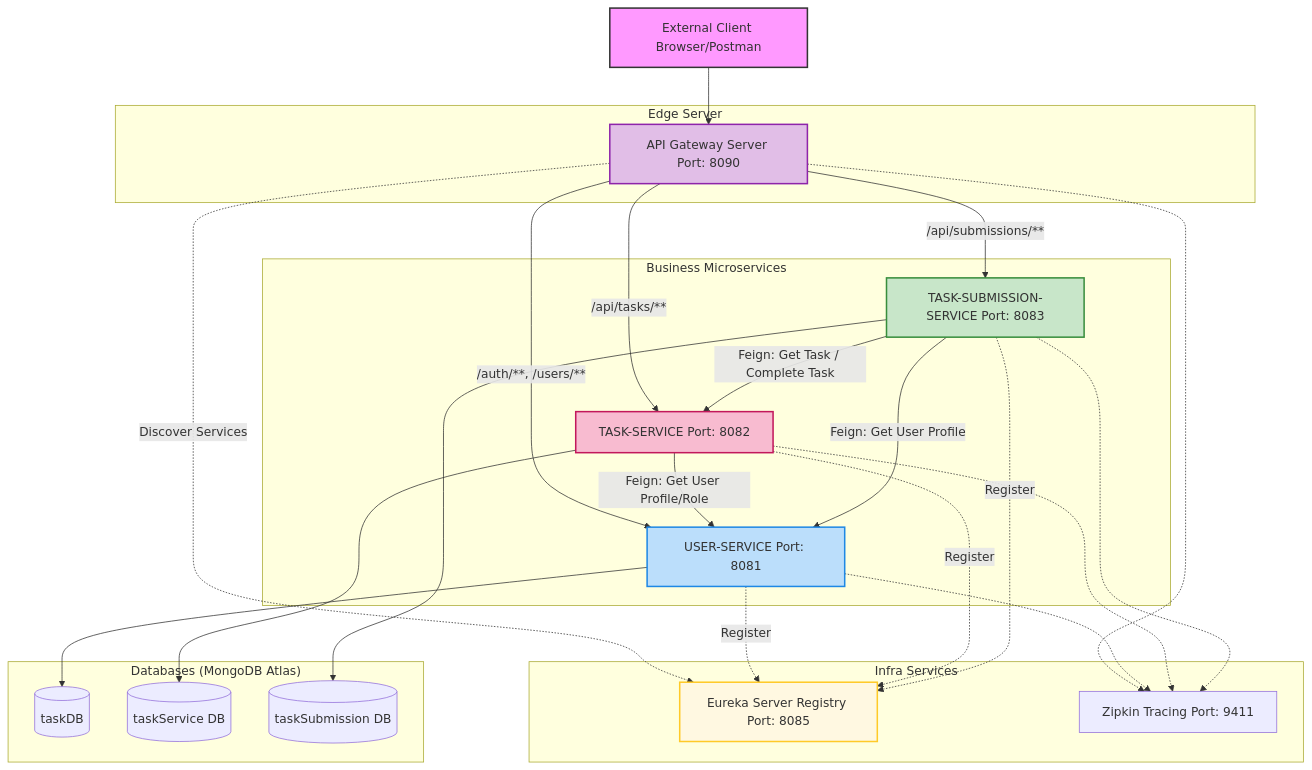
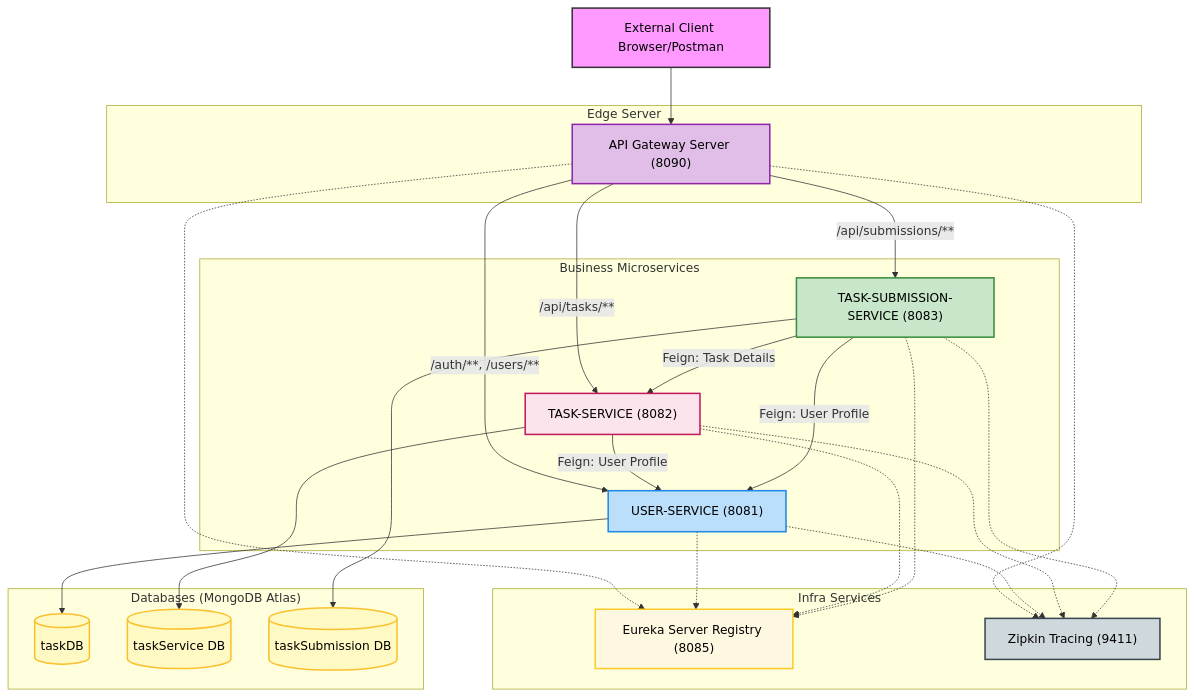
One commit to harman-04/task-management-system-orchestrator-microservices changed the first of 19 diagrams in README.md. Above: the diagram before and after it, drawn with Mermaid. The commit also changed other lines of this file, not shown here.

Commit message:
docs: resolve Mermaid rendering errors in README

````diff
--- a/README.md
+++ b/README.md
@@ -70,60 +68,64 @@
 ```mermaid
 graph TD
-    Client[External Client Browser/Postman] -->Gateway
+    Client["External Client Browser/Postman"] --> Gateway
 
-    subgraph "Infra Services"
-        Eureka[Eureka Server Registry Port: 8085]
-        Zipkin[Zipkin Tracing Port: 9411]
+    subgraph Infra_Services ["Infra Services"]
+        Eureka["Eureka Server Registry (8085)"]
+        Zipkin["Zipkin Tracing (9411)"]
     end
 
-    subgraph "Edge Server"
-        Gateway[API Gateway Server Port: 8090]
+    subgraph Edge_Server ["Edge Server"]
+        Gateway["API Gateway Server (8090)"]
     end
 
-    subgraph "Business Microservices"
-        UserService[USER-SERVICE Port: 8081]
-        TaskService[TASK-SERVICE Port: 8082]
-        SubService[TASK-SUBMISSION-SERVICE Port: 8083]
+    subgraph Business_Services ["Business Microservices"]
+        UserService["USER-SERVICE (8081)"]
+        TaskService["TASK-SERVICE (8082)"]
+        SubService["TASK-SUBMISSION-SERVICE (8083)"]
     end
 
-    subgraph "Databases (MongoDB Atlas)"
+    subgraph Databases ["Databases (MongoDB Atlas)"]
         UserDB[(taskDB)]
         TaskDB[(taskService DB)]
         SubDB[(taskSubmission DB)]
     end
 
-    %% Gateway Routing based on application.yml paths
+%% Gateway Routing
     Gateway -- "/auth/**, /users/**" --> UserService
     Gateway -- "/api/tasks/**" --> TaskService
     Gateway -- "/api/submissions/**" --> SubService
 
-    %% Service Registration & Discovery
-    Gateway -.-> |Discover Services| Eureka
-    UserService -.-> |Register| Eureka
-    TaskService -.-> |Register| Eureka
-    SubService -.-> |Register| Eureka
+%% Service Registration & Discovery
+    Gateway -.-> Eureka
+    UserService -.-> Eureka
+    TaskService -.-> Eureka
+    SubService -.-> Eureka
 
-    %% Inter-Service Comm (Feign Clients with JWT Token)
-    TaskService -- "Feign: Get User Profile/Role" --> UserService
-    SubService -- "Feign: Get User Profile" --> UserService
-    SubService -- "Feign: Get Task / Complete Task" --> TaskService
+%% Inter-Service Comm
+    TaskService -- "Feign: User Profile" --> UserService
+    SubService -- "Feign: User Profile" --> UserService
+    SubService -- "Feign: Task Details" --> TaskService
 
-    %% Database Connections
+%% Database Connections
     UserService --> UserDB
     TaskService --> TaskDB
     SubService --> SubDB
 
-    %% Tracing
+%% Tracing
     Gateway -.-> Zipkin
     UserService -.-> Zipkin
     TaskService -.-> Zipkin
     SubService -.-> Zipkin
 
-    style Gateway fill:#e1bee7,stroke:#8e24aa,stroke-width:2px
-    style Eureka fill:#fff8e1,stroke:#ffca28,stroke-width:2px
-    style UserService fill:#bbdefb,stroke:#1e88e5,stroke-width:2px
-    style TaskService fill:#f8bbd0,stroke:#c2185b,stroke-width:2px
-    style SubService fill:#c8e6c9,stroke:#388e3c,stroke-width:2px
-    style Client fill:#f9f,stroke:#333,stroke-width:2px
-
+%% UNIVERSAL THEME STYLING
+    style Client fill:#f9f,stroke:#333,stroke-width:2px,color:#000
+    style Gateway fill:#e1bee7,stroke:#8e24aa,stroke-width:2px,color:#000
+    style Eureka fill:#fff8e1,stroke:#ffca28,stroke-width:2px,color:#000
+    style Zipkin fill:#cfd8dc,stroke:#37474f,stroke-width:2px,color:#000
+    style UserService fill:#bbdefb,stroke:#1e88e5,stroke-width:2px,color:#000
+    style TaskService fill:#fce4ec,stroke:#c2185b,stroke-width:2px,color:#000
+    style SubService fill:#c8e6c9,stroke:#388e3c,stroke-width:2px,color:#000
+    style UserDB fill:#fff9c4,stroke:#fbc02d,stroke-width:2px,color:#000
+    style TaskDB fill:#fff9c4,stroke:#fbc02d,stroke-width:2px,color:#000
+    style SubDB fill:#fff9c4,stroke:#fbc02d,stroke-width:2px,color:#000
 ```
````
